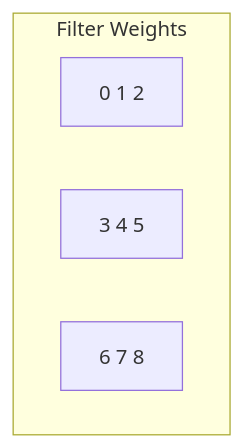
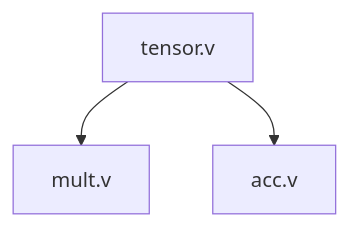
Before and after one commit to jalcim/logilib: the second of 10 diagrams in src/tensor/README.md, drawn with Mermaid. The commit also changed other lines of this file and 1 other file, not shown here.

Commit message:
litle mermaid

````diff
--- a/src/tensor/README.md
+++ b/src/tensor/README.md
@@ -90,8 +74,5 @@
 ```mermaid
 graph TD
-    subgraph "Filter Weights"
-        J[0 1 2]
-        K[3 4 5]
-        L[6 7 8]
-    end
+    A[tensor.v] --> B[mult.v]
+    A --> C[acc.v]
 ```
````
